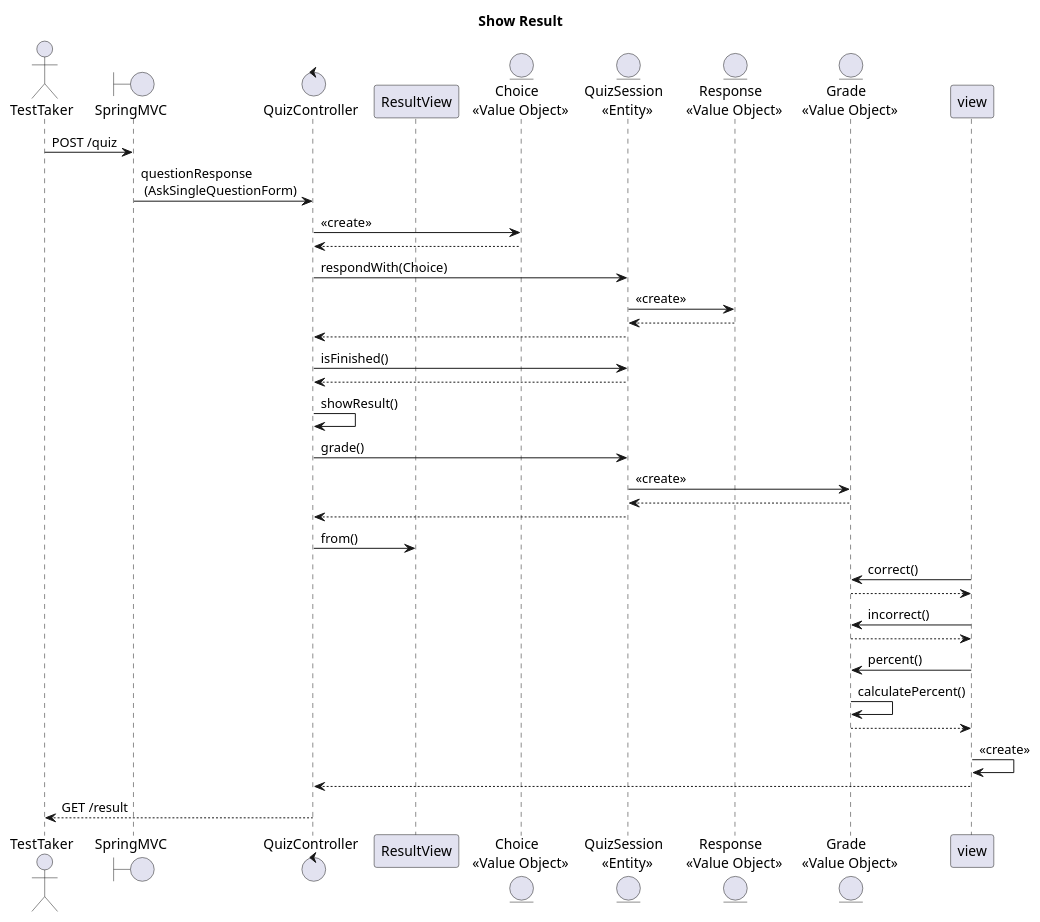
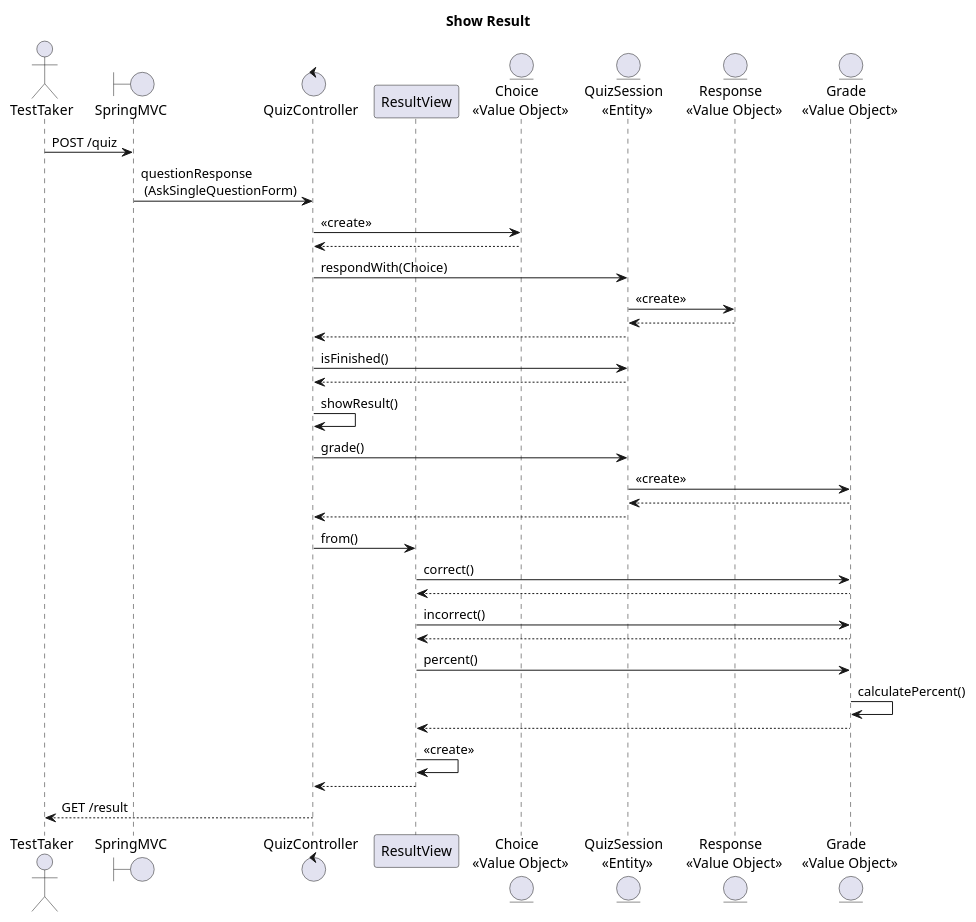
The diagram in src/main/resources/diagrams/showResult-sequenceDiagram.puml (TomSpencerLondon/Quiz), drawn with PlantUML before and after one commit. The commit also changed 1 other file, not shown here.

Commit message:
Correct result view

```diff
--- a/src/main/resources/diagrams/showResult-sequenceDiagram.puml
+++ b/src/main/resources/diagrams/showResult-sequenceDiagram.puml
@@ -1,39 +1,39 @@
 @startuml
 title Show Result
 
 actor       TestTaker as taker
 boundary    SpringMVC   as mvc
 control     QuizController  as ctrl
 participant ResultView as result
 entity "Choice \n <<Value Object>>" as choice
 entity "QuizSession \n <<Entity>>" as session
 entity "Response \n <<Value Object>>" as response
 entity "Grade \n <<Value Object>>" as grade
 
 taker -> mvc : POST /quiz
 mvc -> ctrl : questionResponse \n (AskSingleQuestionForm)
 ctrl -> choice : <<create>>
 ctrl <-- choice
 ctrl -> session : respondWith(Choice)
 session -> response : <<create>>
 session <-- response
 ctrl <-- session
 ctrl -> session : isFinished()
 ctrl <-- session
 ctrl -> ctrl : showResult()
 ctrl -> session : grade()
 session -> grade : <<create>>
 session <-- grade
 ctrl <-- session
 ctrl -> result : from()
-view -> grade : correct()
-view <-- grade
-view -> grade : incorrect()
-view <-- grade
-view -> grade : percent()
+result -> grade : correct()
+result <-- grade
+result -> grade : incorrect()
+result <-- grade
+result -> grade : percent()
 grade -> grade : calculatePercent()
-view <-- grade
-view -> view : <<create>>
-ctrl <-- view
+result <-- grade
+result -> result : <<create>>
+ctrl <-- result
 taker <-- ctrl : GET /result
 @enduml
```
